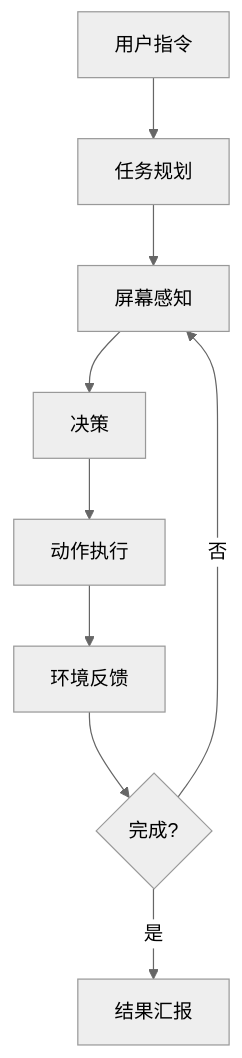
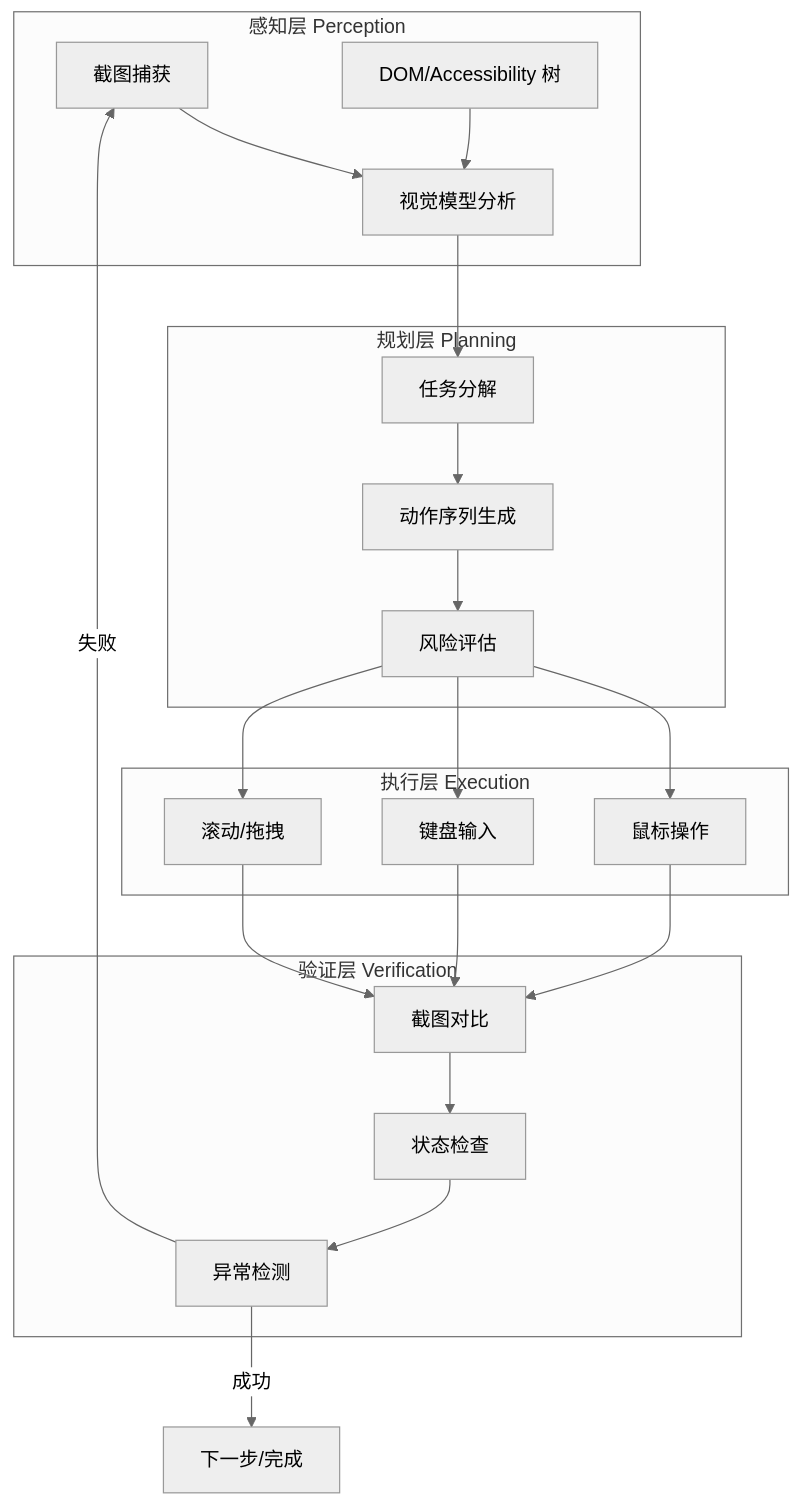
Before and after one commit to dilboy/agent-programming-wiki: the second of 2 diagrams in docs/08-案例研究/04-计算机使用Agent.md, drawn with Mermaid (neutral theme). The commit also changed other lines of this file and 9 other files, not shown here.

````diff
--- a/docs/08-案例研究/04-计算机使用Agent.md
+++ b/docs/08-案例研究/04-计算机使用Agent.md
@@ -65,11 +64,40 @@
 ```mermaid
 graph TD
-    A[用户指令] --> B[任务规划]
-    B --> C[屏幕感知]
-    C --> D[决策]
-    D --> E[动作执行]
-    E --> F[环境反馈]
-    F --> G{完成?}
-    G -->|否| C
-    G -->|是| H[结果汇报]
+    subgraph "感知层 Perception"
+        A1[截图捕获]
+        A2[DOM/Accessibility 树]
+        A3[视觉模型分析]
+    end
+
+    subgraph "规划层 Planning"
+        B1[任务分解]
+        B2[动作序列生成]
+        B3[风险评估]
+    end
+
+    subgraph "执行层 Execution"
+        C1[鼠标操作]
+        C2[键盘输入]
+        C3[滚动/拖拽]
+    end
+
+    subgraph "验证层 Verification"
+        D1[截图对比]
+        D2[状态检查]
+        D3[异常检测]
+    end
+
+    A1 --> A3
+    A2 --> A3
+    A3 --> B1
+    B1 --> B2 --> B3
+    B3 --> C1
+    B3 --> C2
+    B3 --> C3
+    C1 --> D1
+    C2 --> D1
+    C3 --> D1
+    D1 --> D2 --> D3
+    D3 -->|失败| A1
+    D3 -->|成功| E[下一步/完成]
 ```
````
